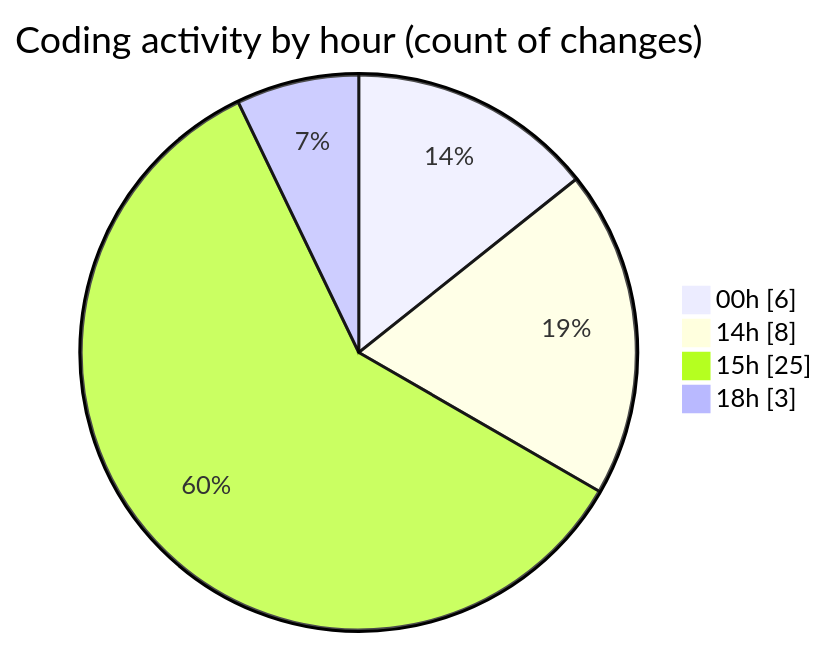
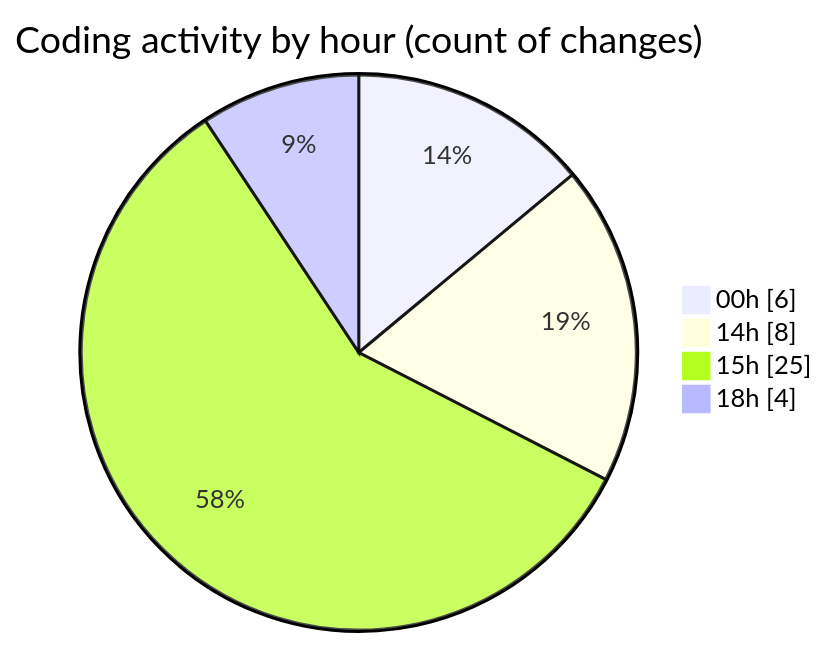
Before and after one commit to MatusMokan/code-tracking: the second of 2 diagrams in 2025-03-15/myws__workspace_/README.md, drawn with Mermaid. The commit also changed other lines of this file and 1 other file, not shown here.

````diff
--- a/2025-03-15/myws__workspace_/README.md
+++ b/2025-03-15/myws__workspace_/README.md
@@ -30,8 +30,8 @@
 ```mermaid
 pie showData
 title Coding activity by hour (count of changes)
 "00h" : 6
 "14h" : 8
 "15h" : 25
-"18h" : 3
+"18h" : 4
 ```
````
